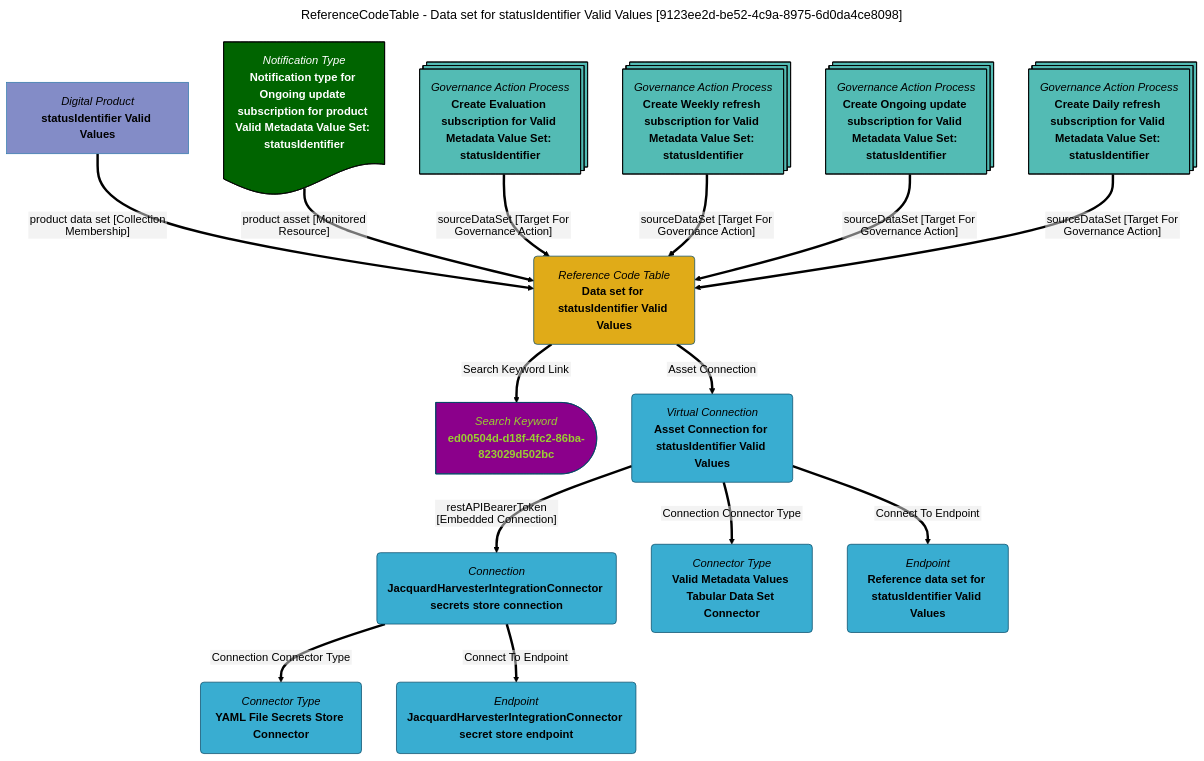
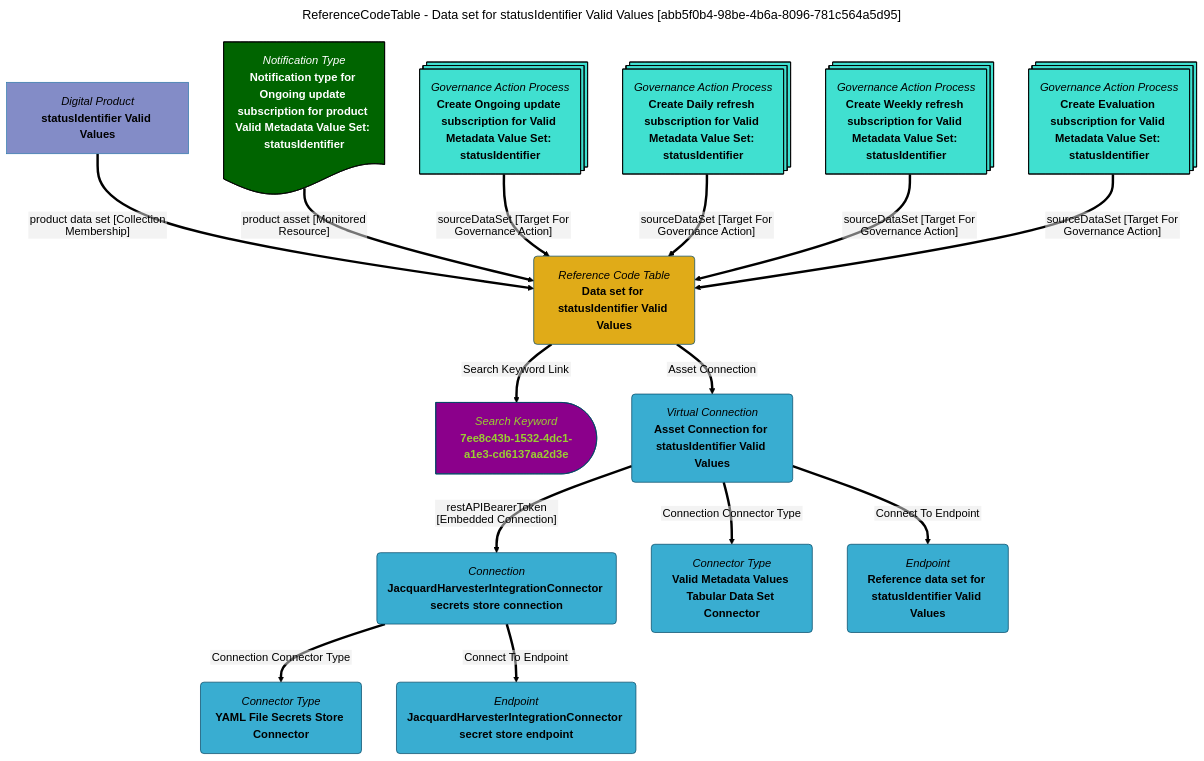
One commit to odpi/egeria-docs changed the diagram in site/snippets/data-assets/data-set-for-statusidentifier-valid-values-mermaid-graph.md. Above: the diagram before and after it, drawn with Mermaid (forest theme). The commit also changed 2201 other files, not shown here.

````diff
--- a/site/snippets/data-assets/data-set-for-statusidentifier-valid-values-mermaid-graph.md
+++ b/site/snippets/data-assets/data-set-for-statusidentifier-valid-values-mermaid-graph.md
@@ -1,63 +1,63 @@
 ```mermaid
 ---
-title: ReferenceCodeTable - Data set for statusIdentifier Valid Values [9123ee2d-be52-4c9a-8975-6d0da4ce8098]
+title: ReferenceCodeTable - Data set for statusIdentifier Valid Values [abb5f0b4-98be-4b6a-8096-781c564a5d95]
 ---
 flowchart TD
 %%{init: {"flowchart": {"htmlLabels": false}} }%%
 
 1@{ shape: rounded, label: "*Reference Code Table*
 **Data set for statusIdentifier Valid Values**"}
 2@{ shape: delay, label: "*Search Keyword*
-**ed00504d-d18f-4fc2-86ba-823029d502bc**"}
+**7ee8c43b-1532-4dc1-a1e3-cd6137aa2d3e**"}
 1==>|"Search Keyword Link"|2
 3@{ shape: rect, label: "*Digital Product*
 **statusIdentifier Valid Values**"}
 3==>|"product data set [Collection Membership]"|1
 4@{ shape: rounded, label: "*Virtual Connection*
 **Asset Connection for statusIdentifier Valid Values**"}
 1==>|"Asset Connection"|4
 5@{ shape: rounded, label: "*Connection*
 **JacquardHarvesterIntegrationConnector secrets store connection**"}
 4==>|"restAPIBearerToken [Embedded Connection]"|5
 6@{ shape: rounded, label: "*Connector Type*
 **YAML File Secrets Store Connector**"}
 5==>|"Connection Connector Type"|6
 7@{ shape: rounded, label: "*Endpoint*
 **JacquardHarvesterIntegrationConnector secret store endpoint**"}
 5==>|"Connect To Endpoint"|7
 8@{ shape: rounded, label: "*Connector Type*
 **Valid Metadata Values Tabular Data Set Connector**"}
 4==>|"Connection Connector Type"|8
 9@{ shape: rounded, label: "*Endpoint*
 **Reference data set for statusIdentifier Valid Values**"}
 4==>|"Connect To Endpoint"|9
 10@{ shape: doc, label: "*Notification Type*
 **Notification type for Ongoing update subscription for product Valid Metadata Value Set: statusIdentifier**"}
 10==>|"product asset [Monitored Resource]"|1
 11@{ shape: processes, label: "*Governance Action Process*
-**Create Evaluation subscription for Valid Metadata Value Set: statusIdentifier**"}
+**Create Ongoing update subscription for Valid Metadata Value Set: statusIdentifier**"}
 11==>|"sourceDataSet [Target For Governance Action]"|1
 12@{ shape: processes, label: "*Governance Action Process*
-**Create Weekly refresh subscription for Valid Metadata Value Set: statusIdentifier**"}
+**Create Daily refresh subscription for Valid Metadata Value Set: statusIdentifier**"}
 12==>|"sourceDataSet [Target For Governance Action]"|1
 13@{ shape: processes, label: "*Governance Action Process*
-**Create Ongoing update subscription for Valid Metadata Value Set: statusIdentifier**"}
+**Create Weekly refresh subscription for Valid Metadata Value Set: statusIdentifier**"}
 13==>|"sourceDataSet [Target For Governance Action]"|1
 14@{ shape: processes, label: "*Governance Action Process*
-**Create Daily refresh subscription for Valid Metadata Value Set: statusIdentifier**"}
+**Create Evaluation subscription for Valid Metadata Value Set: statusIdentifier**"}
 14==>|"sourceDataSet [Target For Governance Action]"|1
-style 11 color:#000000, fill:#53bbb4, stroke:#000000
-style 12 color:#000000, fill:#53bbb4, stroke:#000000
-style 13 color:#000000, fill:#53bbb4, stroke:#000000
-style 14 color:#000000, fill:#53bbb4, stroke:#000000
+style 11 color:#000000, fill:#40E0D0, stroke:#000000
+style 12 color:#000000, fill:#40E0D0, stroke:#000000
+style 13 color:#000000, fill:#40E0D0, stroke:#000000
+style 14 color:#000000, fill:#40E0D0, stroke:#000000
 style 1 color:#000000, fill:#e0ab18, stroke:#004563
-style 2 color:#9acd32, fill:#8b008b, stroke:#004563
+style 2 color:#9ACD32, fill:#8B008B, stroke:#004563
 style 3 color:#000000, fill:#838cc7, stroke:#3079ab
 style 4 color:#000000, fill:#39add1, stroke:#004563
 style 5 color:#000000, fill:#39add1, stroke:#004563
 style 6 color:#000000, fill:#39add1, stroke:#004563
 style 7 color:#000000, fill:#39add1, stroke:#004563
 style 8 color:#000000, fill:#39add1, stroke:#004563
 style 9 color:#000000, fill:#39add1, stroke:#004563
 style 10 color:#FFFFFF, fill:#006400, stroke:#000000
 ```
````
